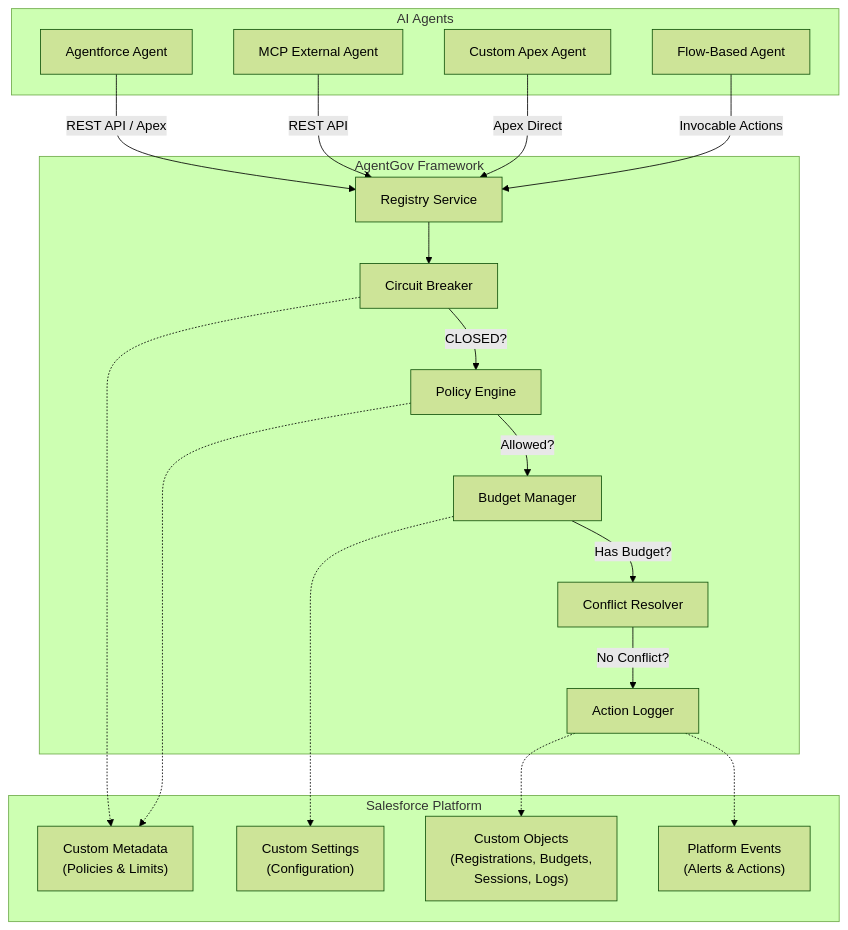
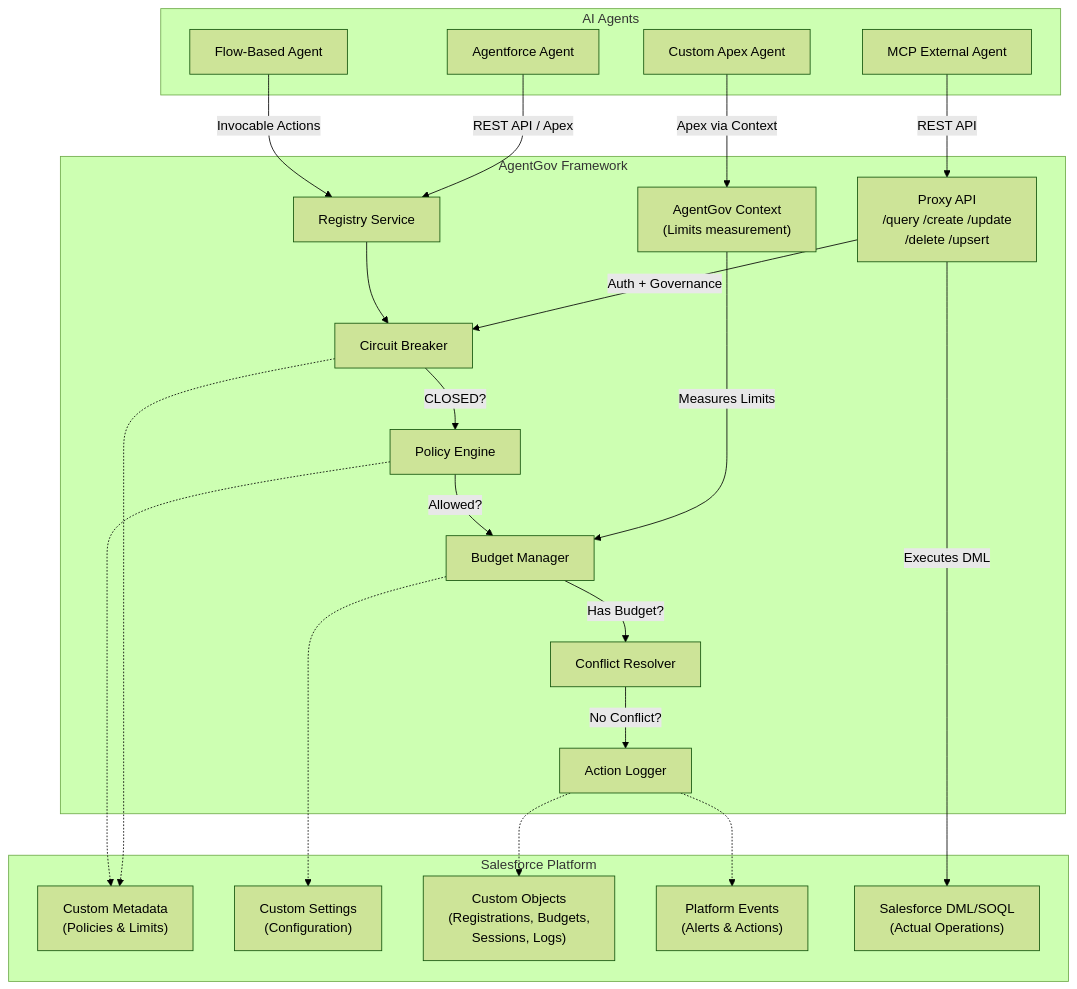
One commit to himanshupalerwal/salesforce-agent-governance changed the first of 3 diagrams in README.md. Above: the diagram before and after it, drawn with Mermaid (forest theme). The commit also changed other lines of this file and 29 other files, not shown here.

````diff
--- a/README.md
+++ b/README.md
@@ -33,42 +33,48 @@
 ```mermaid
 flowchart TB
     subgraph Agents["AI Agents"]
         A1["Agentforce Agent"]
         A2["MCP External Agent"]
         A3["Custom Apex Agent"]
         A4["Flow-Based Agent"]
     end
 
     subgraph AgentGov["AgentGov Framework"]
+        PROXY["Proxy API\n/query /create /update\n/delete /upsert"]
+        CTX["AgentGov Context\n(Limits measurement)"]
         REG["Registry Service"]
         CB["Circuit Breaker"]
         PE["Policy Engine"]
         BM["Budget Manager"]
         CR["Conflict Resolver"]
         AL["Action Logger"]
     end
 
     subgraph Platform["Salesforce Platform"]
         MD["Custom Metadata\n(Policies & Limits)"]
         CS["Custom Settings\n(Configuration)"]
         CO["Custom Objects\n(Registrations, Budgets,\nSessions, Logs)"]
         EVT["Platform Events\n(Alerts & Actions)"]
+        SF["Salesforce DML/SOQL\n(Actual Operations)"]
     end
 
+    A2 -->|"REST API"| PROXY
     A1 -->|"REST API / Apex"| REG
-    A2 -->|"REST API"| REG
-    A3 -->|"Apex Direct"| REG
+    A3 -->|"Apex via Context"| CTX
     A4 -->|"Invocable Actions"| REG
 
+    PROXY -->|"Auth + Governance"| CB
+    CTX -->|"Measures Limits"| BM
     REG --> CB
     CB -->|"CLOSED?"| PE
     PE -->|"Allowed?"| BM
     BM -->|"Has Budget?"| CR
     CR -->|"No Conflict?"| AL
 
+    PROXY -->|"Executes DML"| SF
     CB -.-> MD
     PE -.-> MD
     BM -.-> CS
     AL -.-> CO
     AL -.-> EVT
 ```
````
